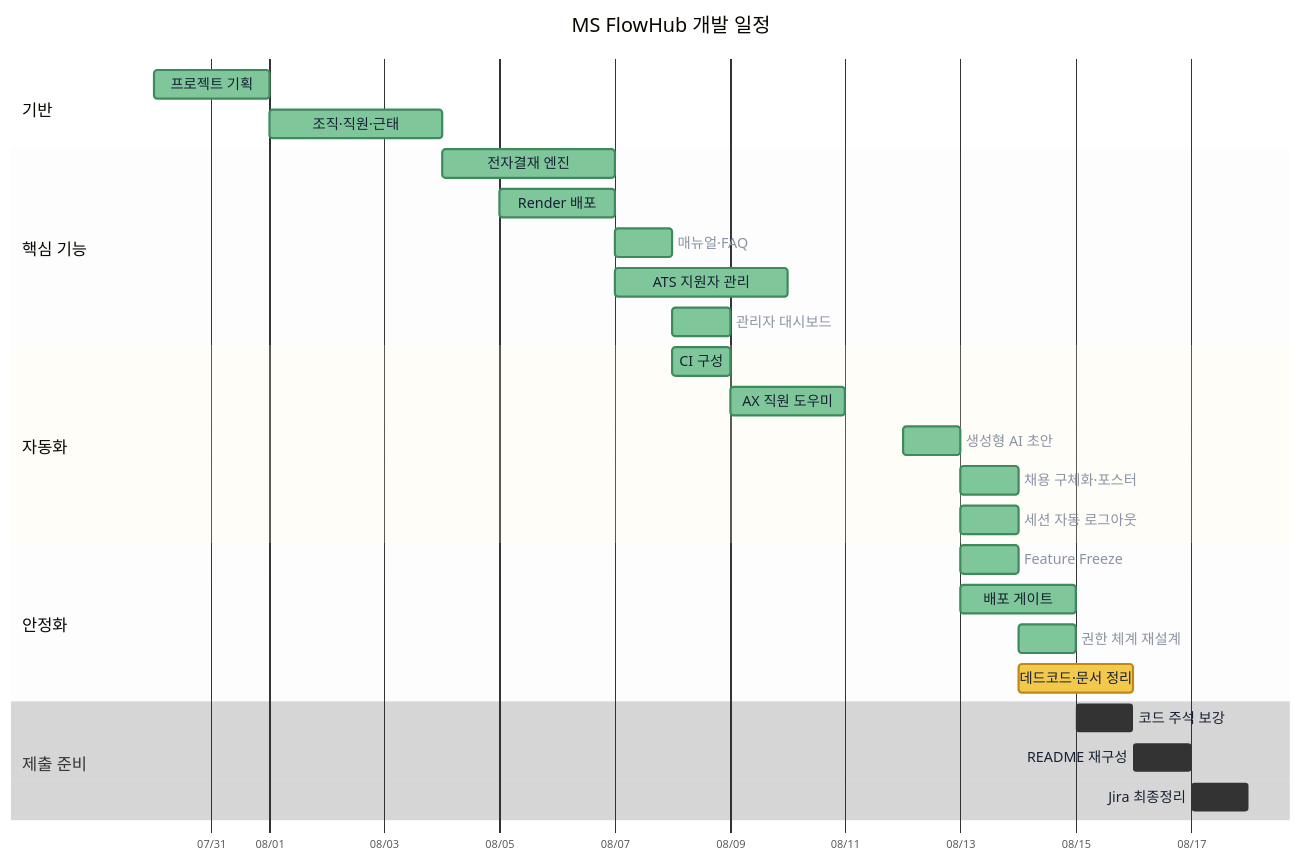
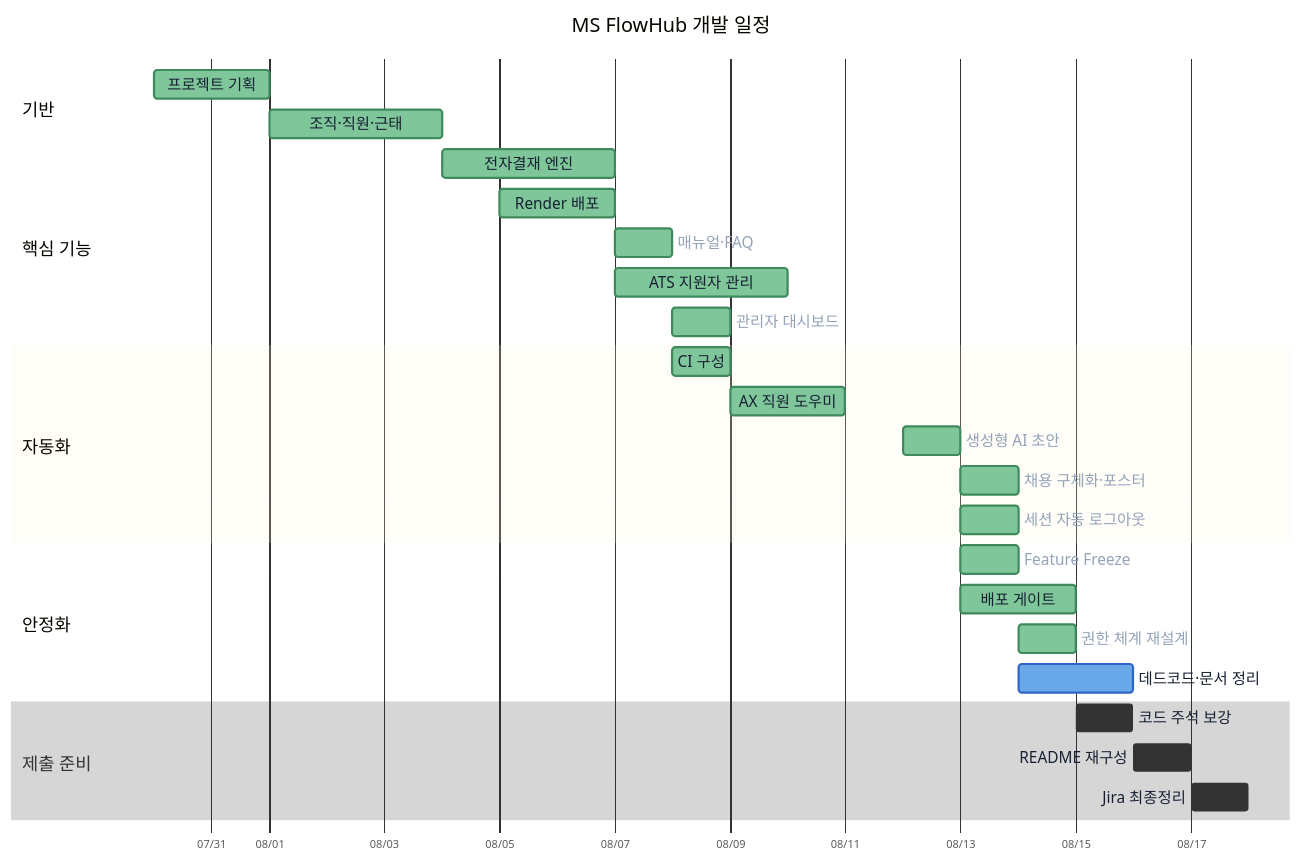
Before and after one commit to Dwkms/MS-FlowHub: the second of 2 diagrams in docs/ROADMAP.md, drawn with Mermaid.

Commit message:
docs: 간트 가독성 수정 — 진행 중을 파랑으로, 라벨 대비 확보
앞선 색 지정이 오히려 가독성을 떨어뜨렸다.

- 진행 중을 노랑에서 파랑(#6aa9e9)으로 변경. 프로젝트 강조색과 맞춘다
- sectionBkgColor·altSectionBkgColor를 투명으로 바꿔 섹션 밴드가 라벨을
  덮는 문제를 없앤다. "제출 준비" 구간의 글자가 회색 밴드에 묻히고 있었다
- 막대 밖 라벨 색을 어두운 잉크에서 중간 밝기(#94a3b8)로 바꿔 밝은 배경과
  어두운 배경 양쪽에서 읽히게 한다
- 예정 막대를 조금 진하게(#cfd8e6) 하고 폰트를 14/16으로 키운다

````diff
--- a/docs/ROADMAP.md
+++ b/docs/ROADMAP.md
@@ -68,67 +68,67 @@
 ```mermaid
 %%{init: {
   "theme": "base",
   "themeVariables": {
     "fontFamily": "Pretendard, Noto Sans KR, sans-serif",
-    "fontSize": "14px",
+    "fontSize": "15px",
     "doneTaskBkgColor": "#7fc79a",
     "doneTaskBorderColor": "#3f8a5c",
-    "activeTaskBkgColor": "#f2c94c",
-    "activeTaskBorderColor": "#c08a10",
-    "taskBkgColor": "#dfe8f5",
+    "activeTaskBkgColor": "#6aa9e9",
+    "activeTaskBorderColor": "#2f67c8",
+    "taskBkgColor": "#cfd8e6",
     "taskBorderColor": "#8fa6c9",
     "taskTextColor": "#172033",
     "taskTextDarkColor": "#172033",
     "taskTextLightColor": "#172033",
-    "taskTextOutsideColor": "#8a93a3",
-    "gridColor": "#5a6272",
-    "sectionBkgColor": "#00000000",
-    "altSectionBkgColor": "#8a93a31a"
+    "taskTextOutsideColor": "#94a3b8",
+    "sectionBkgColor": "transparent",
+    "altSectionBkgColor": "transparent",
+    "gridColor": "#6b7688"
   },
   "gantt": {
     "useWidth": 1200,
     "barHeight": 26,
     "barGap": 10,
     "topPadding": 60,
     "leftPadding": 130,
     "gridLineStartPadding": 40,
-    "fontSize": 13,
-    "sectionFontSize": 15,
+    "fontSize": 14,
+    "sectionFontSize": 16,
     "numberSectionStyles": 5
   }
 }}%%
 gantt
     title MS FlowHub 개발 일정
     dateFormat YYYY-MM-DD
     axisFormat %m/%d
     todayMarker off
 
     section 기반
     프로젝트 기획        :done, p1, 2026-07-30, 2d
     조직·직원·근태       :done, p2, 2026-08-01, 3d
 
     section 핵심 기능
     전자결재 엔진        :done, p3, 2026-08-04, 3d
     Render 배포          :done, p4, 2026-08-05, 2d
     매뉴얼·FAQ           :done, p5, 2026-08-07, 1d
     ATS 지원자 관리      :done, p6, 2026-08-07, 3d
     관리자 대시보드      :done, p7, 2026-08-08, 1d
 
     section 자동화
     CI 구성              :done, p8, 2026-08-08, 1d
     AX 직원 도우미       :done, p9, 2026-08-09, 2d
     생성형 AI 초안       :done, p10, 2026-08-12, 1d
     채용 구체화·포스터    :done, p11, 2026-08-13, 1d
     세션 자동 로그아웃    :done, p12, 2026-08-13, 1d
 
     section 안정화
     Feature Freeze       :done, p13, 2026-08-13, 1d
     배포 게이트          :done, p14, 2026-08-13, 2d
     권한 체계 재설계      :done, p15, 2026-08-14, 1d
     데드코드·문서 정리    :active, p16, 2026-08-14, 2d
 
     section 제출 준비
     코드 주석 보강       :p17, 2026-08-15, 1d
     README 재구성        :p18, 2026-08-16, 1d
     Jira 최종정리        :p19, 2026-08-17, 1d
 ```
````
